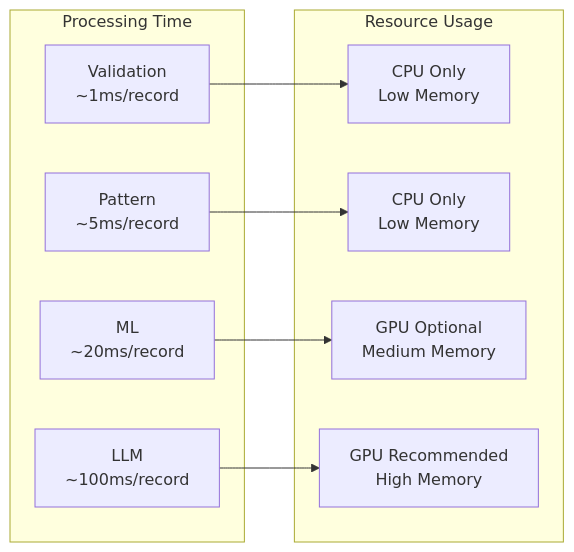
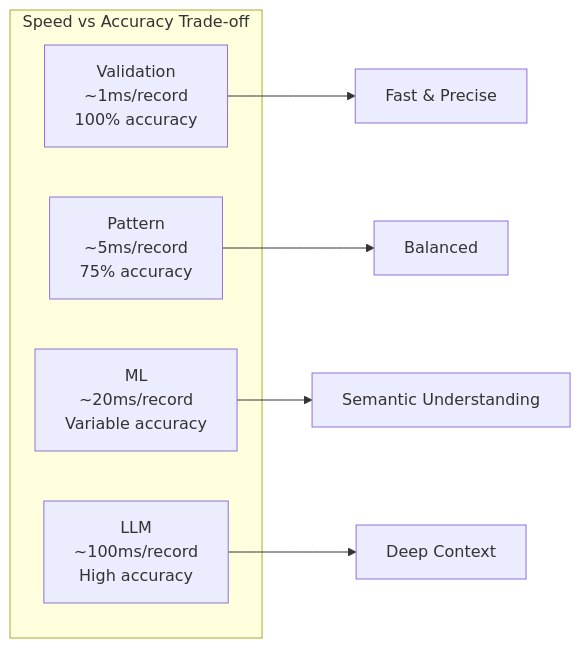
One commit to xafron-bv/data-quality-monitoring changed the third of 3 diagrams in docs/detection-methods/overview.md. Above: the diagram before and after it, drawn with Mermaid. The commit also changed other lines of this file and 7 other files, not shown here.

````diff
--- a/docs/detection-methods/overview.md
+++ b/docs/detection-methods/overview.md
@@ -143,16 +413,14 @@
 ```mermaid
 graph LR
-    subgraph "Processing Time"
-        A[Validation<br/>~1ms/record]
-        B[Pattern<br/>~5ms/record]
-        C[ML<br/>~20ms/record]
-        D[LLM<br/>~100ms/record]
+    subgraph "Speed vs Accuracy Trade-off"
+        A[Validation<br/>~1ms/record<br/>100% accuracy]
+        B[Pattern<br/>~5ms/record<br/>75% accuracy]  
+        C[ML<br/>~20ms/record<br/>Variable accuracy]
+        D[LLM<br/>~100ms/record<br/>High accuracy]
     end
     
-    subgraph "Resource Usage"
-        A --> A1[CPU Only<br/>Low Memory]
-        B --> B1[CPU Only<br/>Low Memory]
-        C --> C1[GPU Optional<br/>Medium Memory]
-        D --> D1[GPU Recommended<br/>High Memory]
-    end
+    A --> Fast[Fast & Precise]
+    B --> Balanced[Balanced]
+    C --> Semantic[Semantic Understanding]
+    D --> Contextual[Deep Context]
 ```
````
